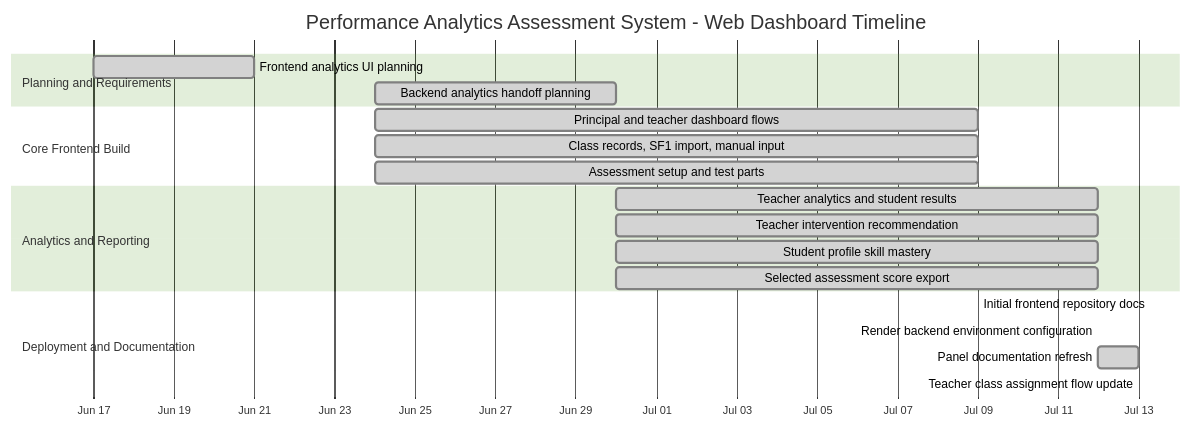
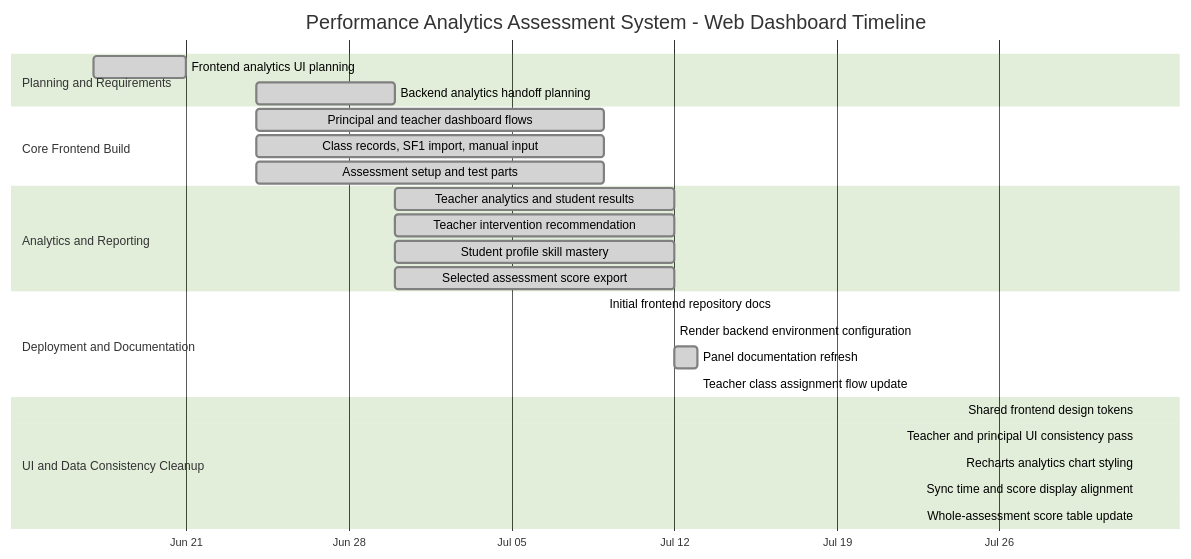
Before and after one commit to ananaHeart/performance-analytic-assessment-system-frontend: the diagram in docs/gantt-chart.md, drawn with Mermaid (forest theme). The commit also changed other lines of this file and 50 other files, not shown here.

````diff
--- a/docs/gantt-chart.md
+++ b/docs/gantt-chart.md
@@ -19,27 +19,34 @@
 ```mermaid
 gantt
     title Performance Analytics Assessment System - Web Dashboard Timeline
     dateFormat  YYYY-MM-DD
     axisFormat  %b %d
 
     section Planning and Requirements
     Frontend analytics UI planning           :done, 2026-06-17, 2026-06-21
     Backend analytics handoff planning       :done, 2026-06-24, 2026-06-30
 
     section Core Frontend Build
     Principal and teacher dashboard flows    :done, 2026-06-24, 2026-07-09
     Class records, SF1 import, manual input  :done, 2026-06-24, 2026-07-09
     Assessment setup and test parts          :done, 2026-06-24, 2026-07-09
 
     section Analytics and Reporting
     Teacher analytics and student results    :done, 2026-06-30, 2026-07-12
     Teacher intervention recommendation      :done, 2026-06-30, 2026-07-12
     Student profile skill mastery            :done, 2026-06-30, 2026-07-12
     Selected assessment score export         :done, 2026-06-30, 2026-07-12
 
     section Deployment and Documentation
     Initial frontend repository docs         :done, 2026-07-09, 2026-07-09
     Render backend environment configuration :done, 2026-07-12, 2026-07-12
     Panel documentation refresh              :done, 2026-07-12, 2026-07-13
     Teacher class assignment flow update     :done, 2026-07-13, 2026-07-13
+
+    section UI and Data Consistency Cleanup
+    Shared frontend design tokens            :done, 2026-08-01, 2026-08-01
+    Teacher and principal UI consistency pass :done, 2026-08-01, 2026-08-01
+    Recharts analytics chart styling         :done, 2026-08-01, 2026-08-01
+    Sync time and score display alignment    :done, 2026-08-01, 2026-08-01
+    Whole-assessment score table update      :done, 2026-08-01, 2026-08-01
 ```
````
